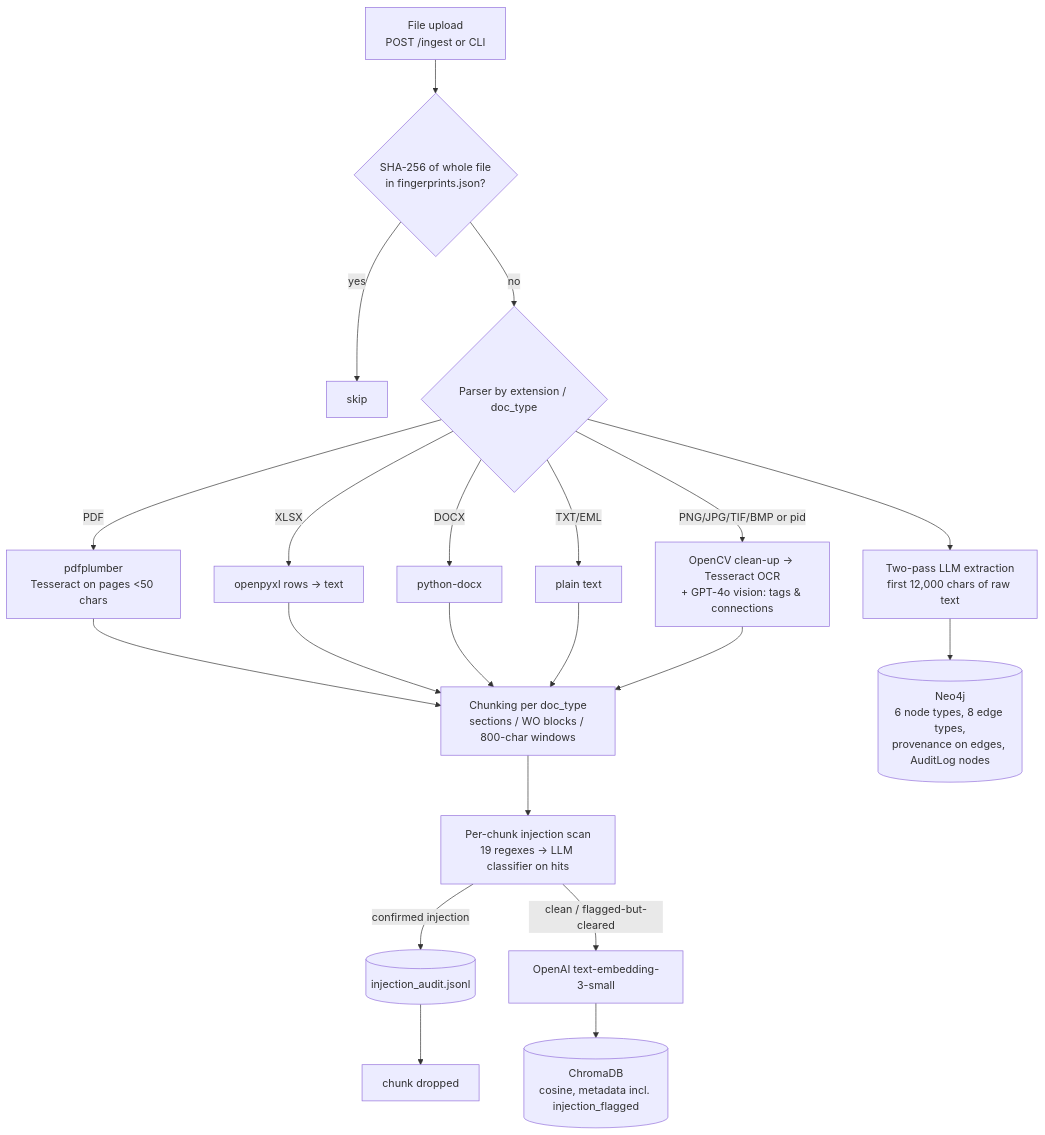
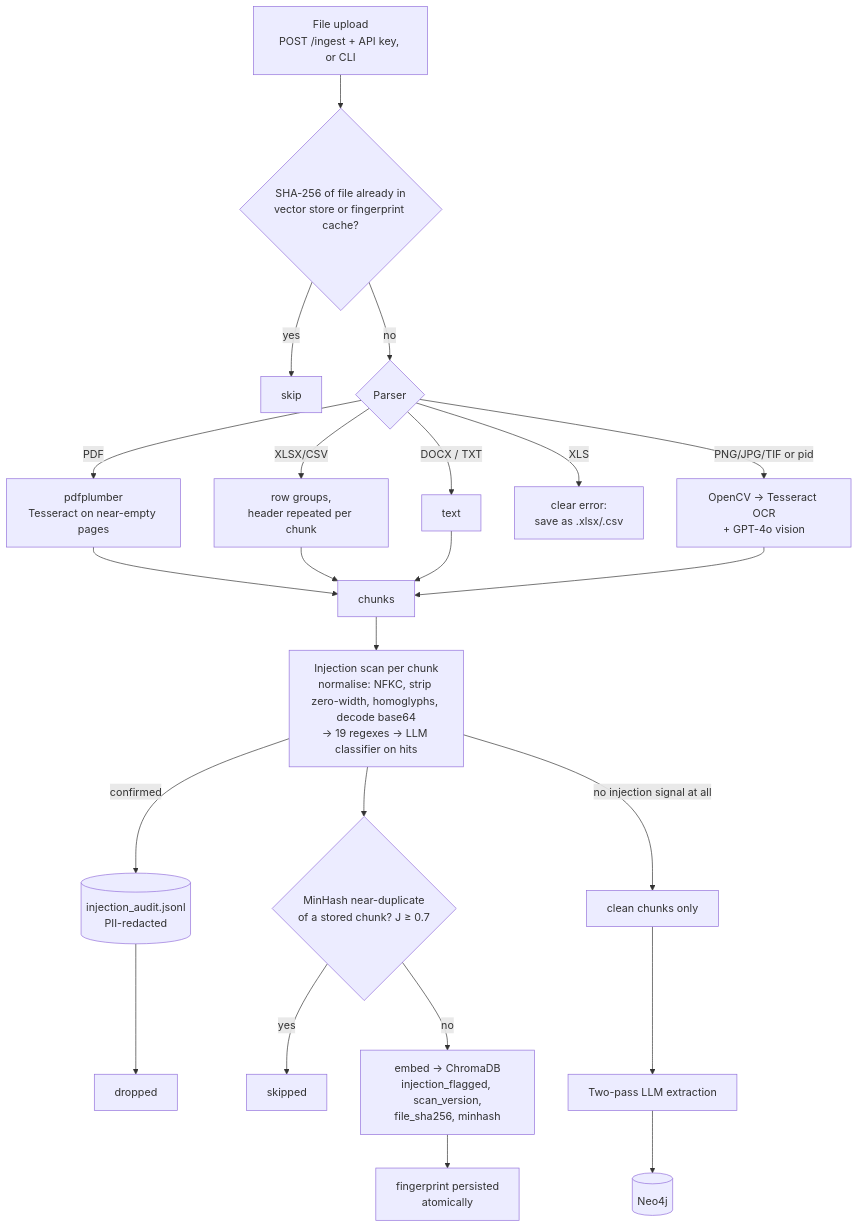
One commit to VT69/Cerebra-CorpCortex changed the first of 2 diagrams in README_DRAFT.md. Above: the diagram before and after it, drawn with Mermaid. The commit also changed other lines of this file and 2 other files, not shown here.

````diff
--- a/README_DRAFT.md
+++ b/README_DRAFT.md
@@ -28,18 +31,20 @@
 ```mermaid
 flowchart TD
-    A[File upload<br/>POST /ingest or CLI] --> B{SHA-256 of whole file<br/>in fingerprints.json?}
+    A[File upload<br/>POST /ingest + API key, or CLI] --> B{SHA-256 of file already in<br/>vector store or fingerprint cache?}
     B -- yes --> SKIP[skip]
-    B -- no --> C{Parser by extension / doc_type}
-    C -- PDF --> P1[pdfplumber<br/>Tesseract on pages &lt;50 chars]
-    C -- XLSX --> P2[openpyxl rows → text]
-    C -- DOCX --> P3[python-docx]
-    C -- TXT/EML --> P4[plain text]
-    C -- PNG/JPG/TIF/BMP or pid --> P5[OpenCV clean-up → Tesseract OCR<br/>+ GPT-4o vision: tags & connections]
-    P1 & P2 & P3 & P4 & P5 --> D[Chunking per doc_type<br/>sections / WO blocks / 800-char windows]
-    D --> E[Per-chunk injection scan<br/>19 regexes → LLM classifier on hits]
-    E -- confirmed injection --> LOG1[(injection_audit.jsonl)] --> DROP[chunk dropped]
-    E -- clean / flagged-but-cleared --> F[OpenAI text-embedding-3-small]
-    F --> G[(ChromaDB<br/>cosine, metadata incl. injection_flagged)]
-    C --> H[Two-pass LLM extraction<br/>first 12,000 chars of raw text]
-    H --> I[(Neo4j<br/>6 node types, 8 edge types,<br/>provenance on edges, AuditLog nodes)]
+    B -- no --> C{Parser}
+    C -- PDF --> P1[pdfplumber<br/>Tesseract on near-empty pages]
+    C -- XLSX/CSV --> P2[row groups,<br/>header repeated per chunk]
+    C -- DOCX / TXT --> P3[text]
+    C -- XLS --> ERR[clear error:<br/>save as .xlsx/.csv]
+    C -- PNG/JPG/TIF or pid --> P5[OpenCV → Tesseract OCR<br/>+ GPT-4o vision]
+    P1 & P2 & P3 & P5 --> D[chunks]
+    D --> E[Injection scan per chunk<br/>normalise: NFKC, strip zero-width, homoglyphs, decode base64<br/>→ 19 regexes → LLM classifier on hits]
+    E -- confirmed --> LOG1[(injection_audit.jsonl<br/>PII-redacted)] --> DROP[dropped]
+    E --> ND{MinHash near-duplicate<br/>of a stored chunk? J ≥ 0.7}
+    ND -- yes --> SKIP2[skipped]
+    ND -- no --> F[embed → ChromaDB<br/>injection_flagged, scan_version,<br/>file_sha256, minhash]
+    E -- no injection signal at all --> CLEAN[clean chunks only]
+    CLEAN --> H[Two-pass LLM extraction] --> I[(Neo4j)]
+    F --> FP[fingerprint persisted<br/>atomically]
 ```
````
